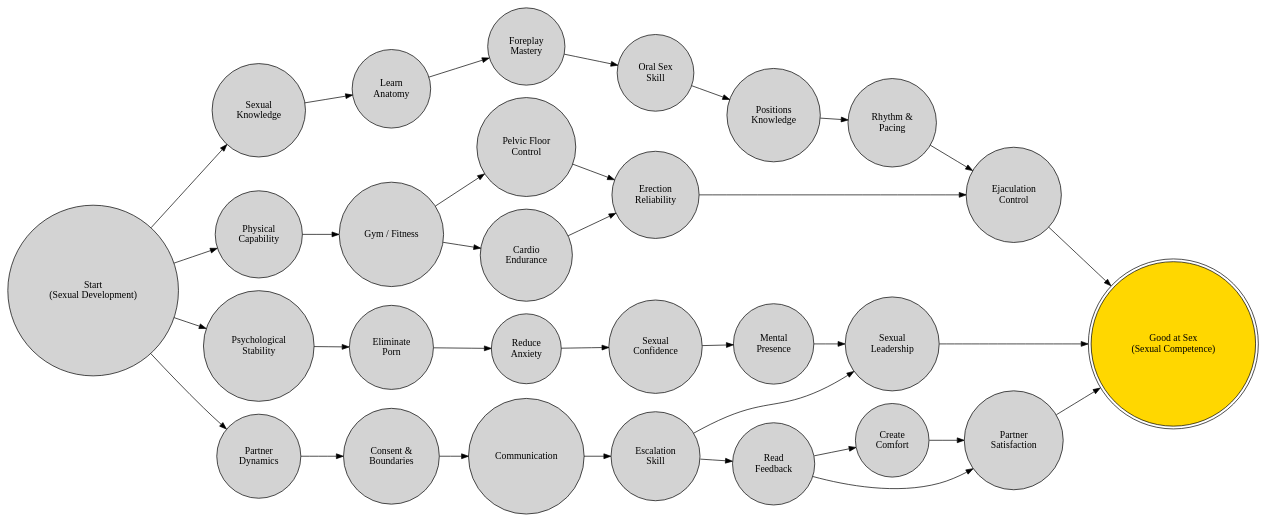
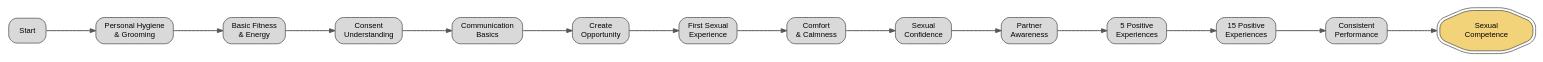
The diagram in Sex.dot (igor-mitrovic/Planning), drawn with Graphviz before and after one commit.

Commit message:
update sex

```diff
--- a/Sex.dot
+++ b/Sex.dot
@@ -1,88 +1,51 @@
-digraph Sex_Focus_Tree {
+digraph Sexual_Competence_Tree {
     rankdir=LR;
-    node [shape=circle, style=filled, fillcolor=lightgray];
+    splines=ortho;
+    nodesep=0.7;
+    ranksep=1.0;
 
-    // ROOT
-    Start [label="Start\n(Sexual Development)"];
+    node [
+        shape=box,
+        style="rounded,filled",
+        fillcolor="#d9d9d9",
+        color="#444444",
+        fontname="Arial",
+        fontsize=11,
+        margin="0.18,0.10"
+    ];
 
-    // LEVEL 1 CLUSTERS
-    Physical [label="Physical\nCapability"];
-    Psychological [label="Psychological\nStability"];
-    Knowledge [label="Sexual\nKnowledge"];
-    Social [label="Partner\nDynamics"];
+    edge [
+        color="#555555",
+        penwidth=1.4,
+        arrowsize=0.8
+    ];
 
-    Start -> Physical;
-    Start -> Psychological;
-    Start -> Knowledge;
-    Start -> Social;
+    Start [label="Start"];
+    Hygiene [label="Personal Hygiene\n& Grooming"];
+    Fitness [label="Basic Fitness\n& Energy"];
+    Consent [label="Consent\nUnderstanding"];
+    Communication [label="Communication\nBasics"];
+    Opportunity [label="Create\nOpportunity"];
+    FirstExperience [label="First Sexual\nExperience"];
+    Comfort [label="Comfort\n& Calmness"];
+    Confidence [label="Sexual\nConfidence"];
+    Awareness [label="Partner\nAwareness"];
+    Exp5 [label="5 Positive\nExperiences"];
+    Exp15 [label="15 Positive\nExperiences"];
+    Consistency [label="Consistent\nPerformance"];
+    Competence [label="Sexual\nCompetence", shape=doubleoctagon, fillcolor="#f3d37a"];
 
-    // PHYSICAL BRANCH
-    Gym [label="Gym / Fitness"];
-    Cardio [label="Cardio\nEndurance"];
-    Pelvic [label="Pelvic Floor\nControl"];
-    Erections [label="Erection\nReliability"];
-
-    Physical -> Gym;
-    Gym -> Cardio;
-    Gym -> Pelvic;
-    Cardio -> Erections;
-    Pelvic -> Erections;
-
-    // PSYCHOLOGICAL BRANCH
-    NoPorn [label="Eliminate\nPorn"];
-    Anxiety [label="Reduce\nAnxiety"];
-    Confidence [label="Sexual\nConfidence"];
-    Presence [label="Mental\nPresence"];
-
-    Psychological -> NoPorn;
-    NoPorn -> Anxiety;
-    Anxiety -> Confidence;
-    Confidence -> Presence;
-
-    // KNOWLEDGE BRANCH
-    Anatomy [label="Learn\nAnatomy"];
-    Foreplay [label="Foreplay\nMastery"];
-    Oral [label="Oral Sex\nSkill"];
-    Positions [label="Positions\nKnowledge"];
-    Rhythm [label="Rhythm &\nPacing"];
-
-    Knowledge -> Anatomy;
-    Anatomy -> Foreplay;
-    Foreplay -> Oral;
-    Oral -> Positions;
-    Positions -> Rhythm;
-
-    // SOCIAL BRANCH
-    Consent [label="Consent &\nBoundaries"];
-    Communication [label="Communication"];
-    Escalation [label="Escalation\nSkill"];
-    Feedback [label="Read\nFeedback"];
-    Comfort [label="Create\nComfort"];
-
-    Social -> Consent;
+    Start -> Hygiene;
+    Hygiene -> Fitness;
+    Fitness -> Consent;
     Consent -> Communication;
-    Communication -> Escalation;
-    Escalation -> Feedback;
-    Feedback -> Comfort;
-
-    // FINAL INTEGRATION
-    Control [label="Ejaculation\nControl"];
-    Satisfaction [label="Partner\nSatisfaction"];
-    Leadership [label="Sexual\nLeadership"];
-
-    Erections -> Control;
-    Rhythm -> Control;
-
-    Comfort -> Satisfaction;
-    Feedback -> Satisfaction;
-
-    Presence -> Leadership;
-    Escalation -> Leadership;
-
-    // TERMINAL NODE
-    Mastery [label="Good at Sex\n(Sexual Competence)", shape=doublecircle, fillcolor=gold];
-
-    Control -> Mastery;
-    Satisfaction -> Mastery;
-    Leadership -> Mastery;
+    Communication -> Opportunity;
+    Opportunity -> FirstExperience;
+    FirstExperience -> Comfort;
+    Comfort -> Confidence;
+    Confidence -> Awareness;
+    Awareness -> Exp5;
+    Exp5 -> Exp15;
+    Exp15 -> Consistency;
+    Consistency -> Competence;
 }
```
